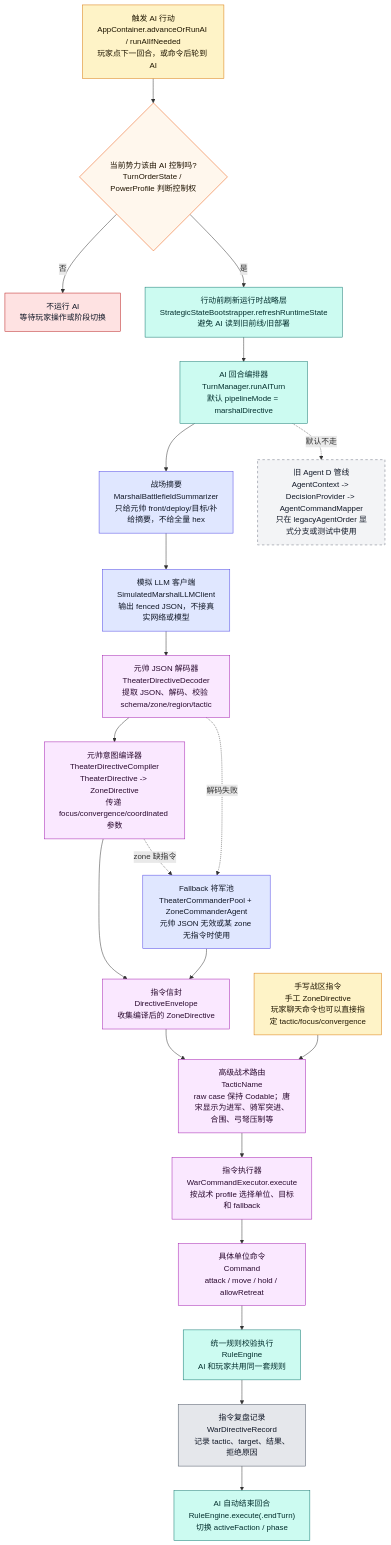
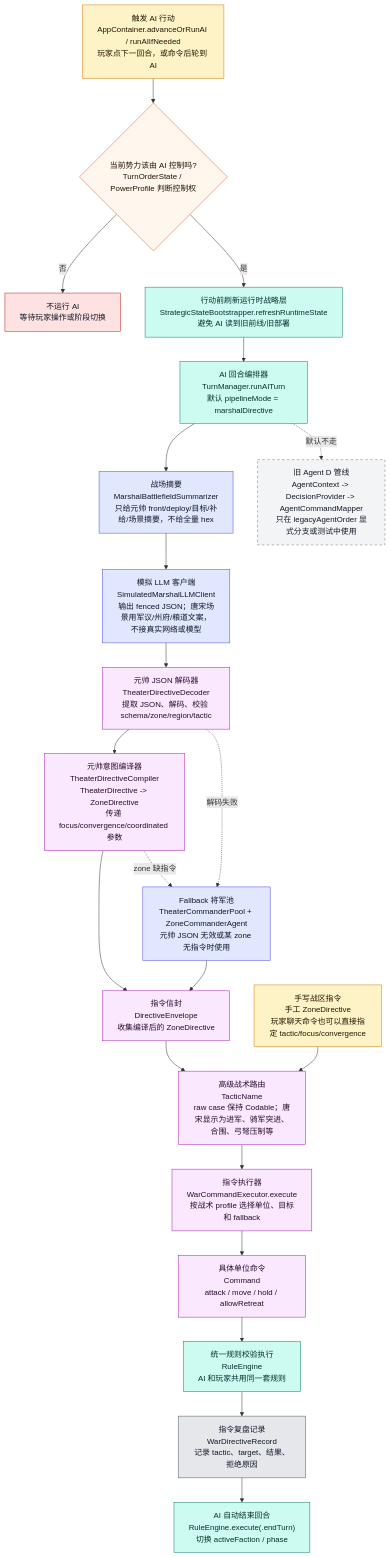
The seventh of 12 diagrams in md/flow/flowchart.md (Altman-sam114/125), drawn with Mermaid before and after one commit. The commit also changed 7 other files, not shown here.

````diff
--- a/md/flow/flowchart.md
+++ b/md/flow/flowchart.md
@@ -363,43 +363,43 @@
 ```mermaid
 flowchart TD
     START["触发 AI 行动<br/>AppContainer.advanceOrRunAI / runAIIfNeeded<br/>玩家点下一回合，或命令后轮到 AI"]:::input
     CHECK{"当前势力该由 AI 控制吗?<br/>TurnOrderState / PowerProfile 判断控制权"}:::decision
     STOP["不运行 AI<br/>等待玩家操作或阶段切换"]:::stop
     REFRESH["行动前刷新运行时战略层<br/>StrategicStateBootstrapper.refreshRuntimeState<br/>避免 AI 读到旧前线/旧部署"]:::rules
     TM["AI 回合编排器<br/>TurnManager.runAITurn<br/>默认 pipelineMode = marshalDirective"]:::rules
-    SUM["战场摘要<br/>MarshalBattlefieldSummarizer<br/>只给元帅 front/deploy/目标/补给摘要，不给全量 hex"]:::ai
-    LLM["模拟 LLM 客户端<br/>SimulatedMarshalLLMClient<br/>输出 fenced JSON，不接真实网络或模型"]:::ai
+    SUM["战场摘要<br/>MarshalBattlefieldSummarizer<br/>只给元帅 front/deploy/目标/补给/场景摘要，不给全量 hex"]:::ai
+    LLM["模拟 LLM 客户端<br/>SimulatedMarshalLLMClient<br/>输出 fenced JSON；唐宋场景用军议/州府/粮道文案，不接真实网络或模型"]:::ai
     DEC["元帅 JSON 解码器<br/>TheaterDirectiveDecoder<br/>提取 JSON、解码、校验 schema/zone/region/tactic"]:::command
     COMP["元帅意图编译器<br/>TheaterDirectiveCompiler<br/>TheaterDirective -> ZoneDirective<br/>传递 focus/convergence/coordinated 参数"]:::command
     ENV["指令信封<br/>DirectiveEnvelope<br/>收集编译后的 ZoneDirective"]:::command
     TACTIC["高级战术路由<br/>TacticName<br/>raw case 保持 Codable；唐宋显示为进军、骑军突进、合围、弓弩压制等"]:::command
     WCE["指令执行器<br/>WarCommandExecutor.execute<br/>按战术 profile 选择单位、目标和 fallback"]:::command
     BOTTOM["具体单位命令<br/>Command<br/>attack / move / hold / allowRetreat"]:::command
     RE["统一规则校验执行<br/>RuleEngine<br/>AI 和玩家共用同一套规则"]:::rules
     RECORD["指令复盘记录<br/>WarDirectiveRecord<br/>记录 tactic、target、结果、拒绝原因"]:::ui
     END["AI 自动结束回合<br/>RuleEngine.execute(.endTurn)<br/>切换 activeFaction / phase"]:::rules
 
     START --> CHECK
     CHECK -->|否| STOP
     CHECK -->|是| REFRESH --> TM --> SUM --> LLM --> DEC --> COMP --> ENV
     ENV --> TACTIC --> WCE --> BOTTOM --> RE --> RECORD --> END
 
     FALLBACK["Fallback 将军池<br/>TheaterCommanderPool + ZoneCommanderAgent<br/>元帅 JSON 无效或某 zone 无指令时使用"]:::ai
     DEC -.解码失败.-> FALLBACK --> ENV
     COMP -.zone 缺指令.-> FALLBACK
 
     LEGACY["旧 Agent D 管线<br/>AgentContext -> DecisionProvider -> AgentCommandMapper<br/>只在 legacyAgentOrder 显式分支或测试中使用"]:::legacy
     TM -.默认不走.-> LEGACY
 
     MANUAL["手写战区指令<br/>手工 ZoneDirective<br/>玩家聊天命令也可以直接指定 tactic/focus/convergence"]:::input
     MANUAL --> TACTIC
 
     classDef input fill:#fef3c7,stroke:#d97706,color:#1f1600
     classDef decision fill:#fff7ed,stroke:#ea580c,color:#1f1300
     classDef stop fill:#fee2e2,stroke:#b91c1c,color:#111827
     classDef rules fill:#ccfbf1,stroke:#0f766e,color:#042f2e
     classDef ai fill:#e0e7ff,stroke:#4f46e5,color:#111827
     classDef command fill:#fae8ff,stroke:#a21caf,color:#2a0a2f
     classDef ui fill:#e5e7eb,stroke:#4b5563,color:#111827
     classDef legacy fill:#f3f4f6,stroke:#6b7280,stroke-dasharray:5 5,color:#111827
 ```
````
